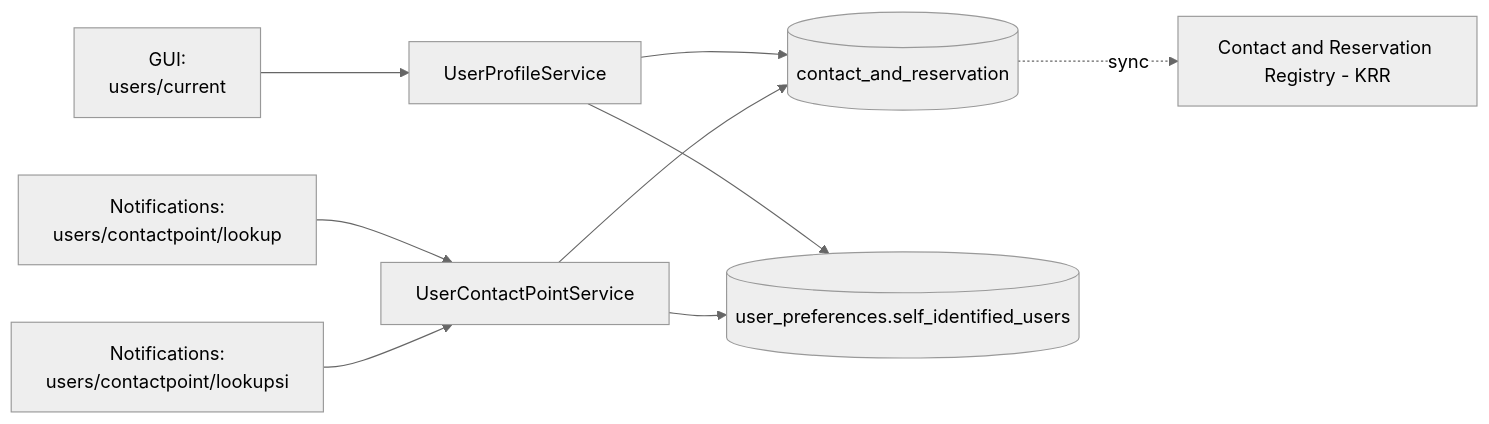
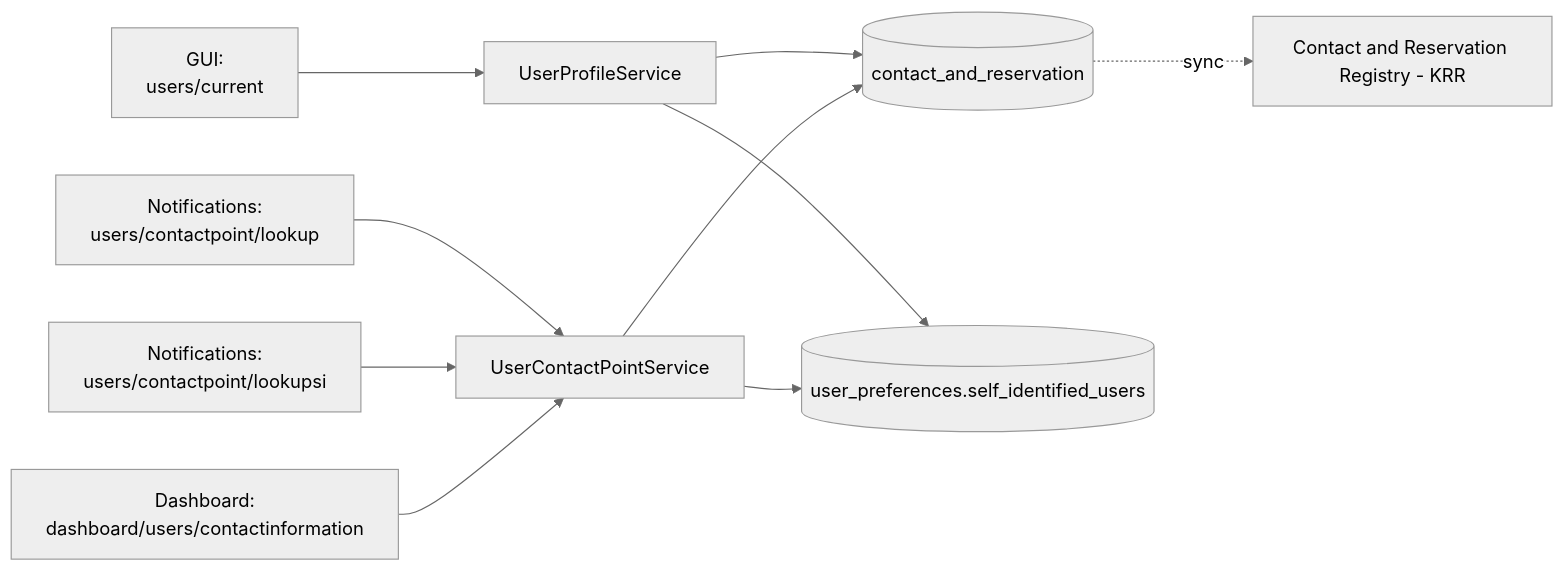
Before and after one commit to Altinn/altinn-profile: the third of 3 diagrams in docs/data-access-map.md, drawn with Mermaid (neutral theme). The commit also changed other lines of this file, not shown here.

Commit message:
Add private contact info for dashboard lookup

````diff
--- a/docs/data-access-map.md
+++ b/docs/data-access-map.md
@@ -71,11 +72,12 @@
 ```mermaid
 graph LR
     GUI["GUI:<br/>users/current"] --> S3[UserProfileService]
     Notif1["Notifications:<br/>users/contactpoint/lookup"] --> S5[UserContactPointService]
     Notif2["Notifications:<br/>users/contactpoint/lookupsi"] --> S5
+    Dash["Dashboard:<br/>dashboard/users/contactinformation"] --> S5
     S3 --> T3C[(contact_and_reservation)]
     S3 --> T3D[(user_preferences.self_identified_users)]
     S5 --> T3C
     S5 --> T3D
     T3C -.sync.-> KRR[Contact and Reservation Registry - KRR]
 ```
````
